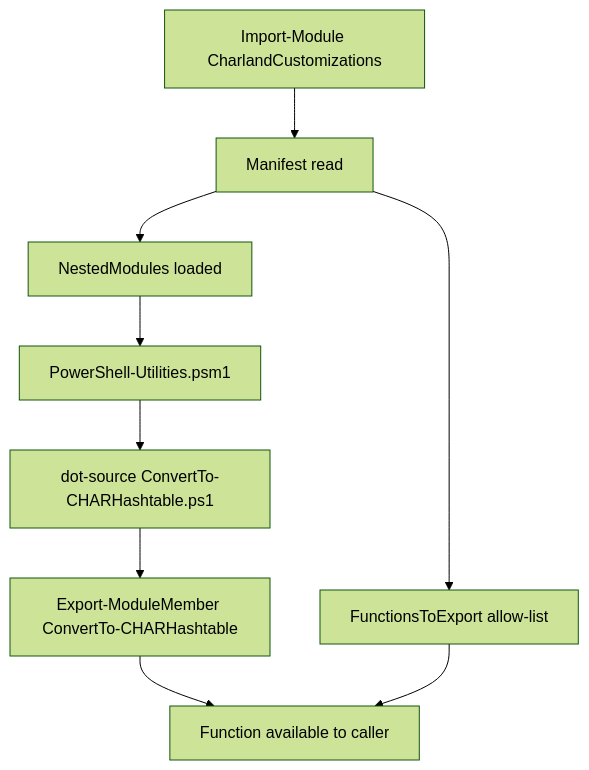
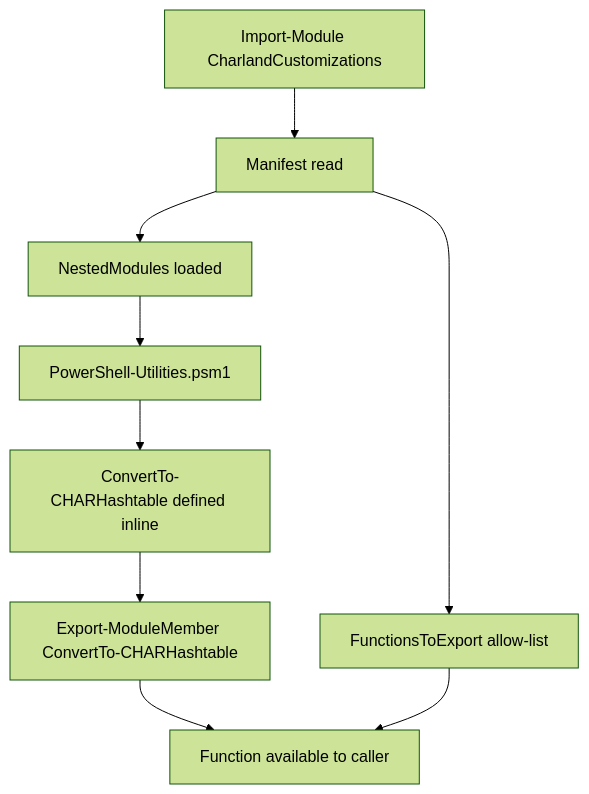
The first of 2 diagrams in .kiro/specs/powershell-utilities/design.md (ccharland/CharlandCustomizations), drawn with Mermaid (forest theme) before and after one commit. The commit also changed other lines of this file and 4 other files, not shown here.

````diff
--- a/.kiro/specs/powershell-utilities/design.md
+++ b/.kiro/specs/powershell-utilities/design.md
@@ -52,11 +57,11 @@
 ```mermaid
 flowchart TD
     A[Import-Module CharlandCustomizations] --> B[Manifest read]
     B --> C[NestedModules loaded]
     C --> D[PowerShell-Utilities.psm1]
-    D --> E[dot-source ConvertTo-CHARHashtable.ps1]
+    D --> E[ConvertTo-CHARHashtable defined inline]
     E --> F[Export-ModuleMember ConvertTo-CHARHashtable]
     B --> G[FunctionsToExport allow-list]
     F --> H[Function available to caller]
     G --> H
 ```
````
